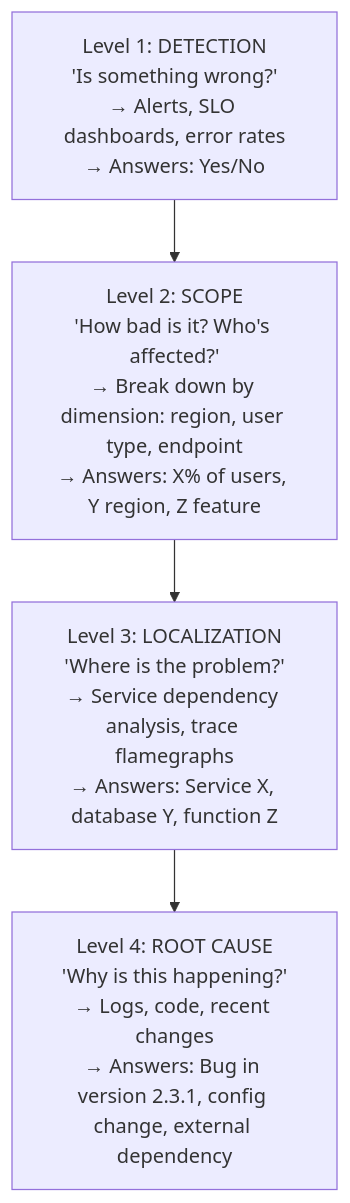
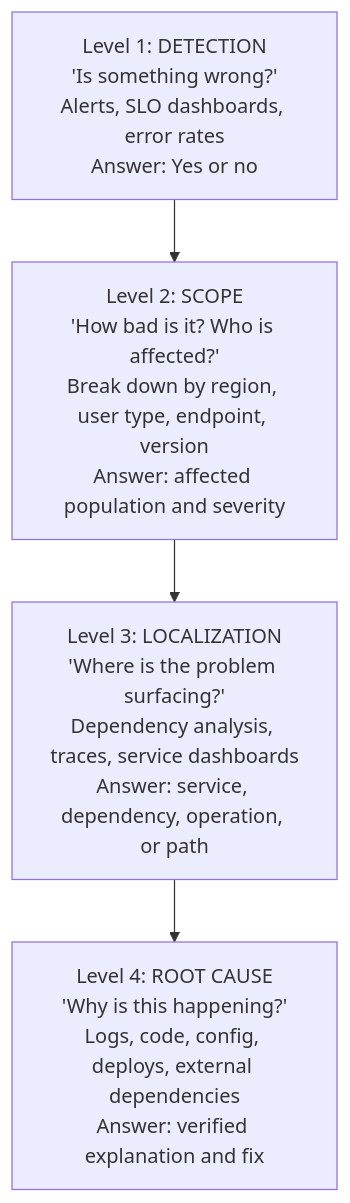
The first of 7 diagrams in src/content/docs/platform/foundations/observability-theory/module-3.4-from-data-to-insight.md (kube-dojo/kube-dojo), drawn with Mermaid before and after one commit. The commit also changed other lines of this file and 1 other file, not shown here.

````diff
--- a/src/content/docs/platform/foundations/observability-theory/module-3.4-from-data-to-insight.md
+++ b/src/content/docs/platform/foundations/observability-theory/module-3.4-from-data-to-insight.md
@@ -87,11 +63,11 @@
 ```mermaid
 flowchart TD
-    L1["Level 1: DETECTION<br>'Is something wrong?'<br>→ Alerts, SLO dashboards, error rates<br>→ Answers: Yes/No"]
-    L2["Level 2: SCOPE<br>'How bad is it? Who's affected?'<br>→ Break down by dimension: region, user type, endpoint<br>→ Answers: X% of users, Y region, Z feature"]
-    L3["Level 3: LOCALIZATION<br>'Where is the problem?'<br>→ Service dependency analysis, trace flamegraphs<br>→ Answers: Service X, database Y, function Z"]
-    L4["Level 4: ROOT CAUSE<br>'Why is this happening?'<br>→ Logs, code, recent changes<br>→ Answers: Bug in version 2.3.1, config change, external dependency"]
+    L1["Level 1: DETECTION<br>'Is something wrong?'<br>Alerts, SLO dashboards, error rates<br>Answer: Yes or no"]
+    L2["Level 2: SCOPE<br>'How bad is it? Who is affected?'<br>Break down by region, user type, endpoint, version<br>Answer: affected population and severity"]
+    L3["Level 3: LOCALIZATION<br>'Where is the problem surfacing?'<br>Dependency analysis, traces, service dashboards<br>Answer: service, dependency, operation, or path"]
+    L4["Level 4: ROOT CAUSE<br>'Why is this happening?'<br>Logs, code, config, deploys, external dependencies<br>Answer: verified explanation and fix"]
 
     L1 --> L2
     L2 --> L3
     L3 --> L4
 ```
````
